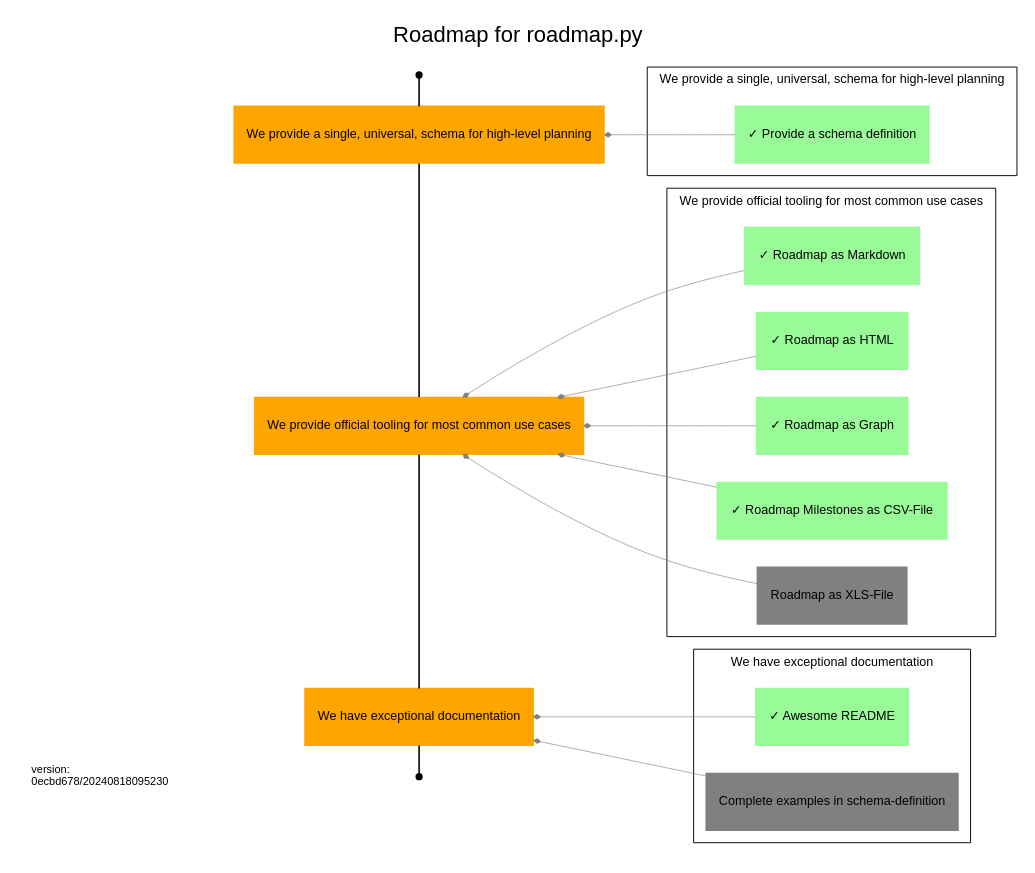
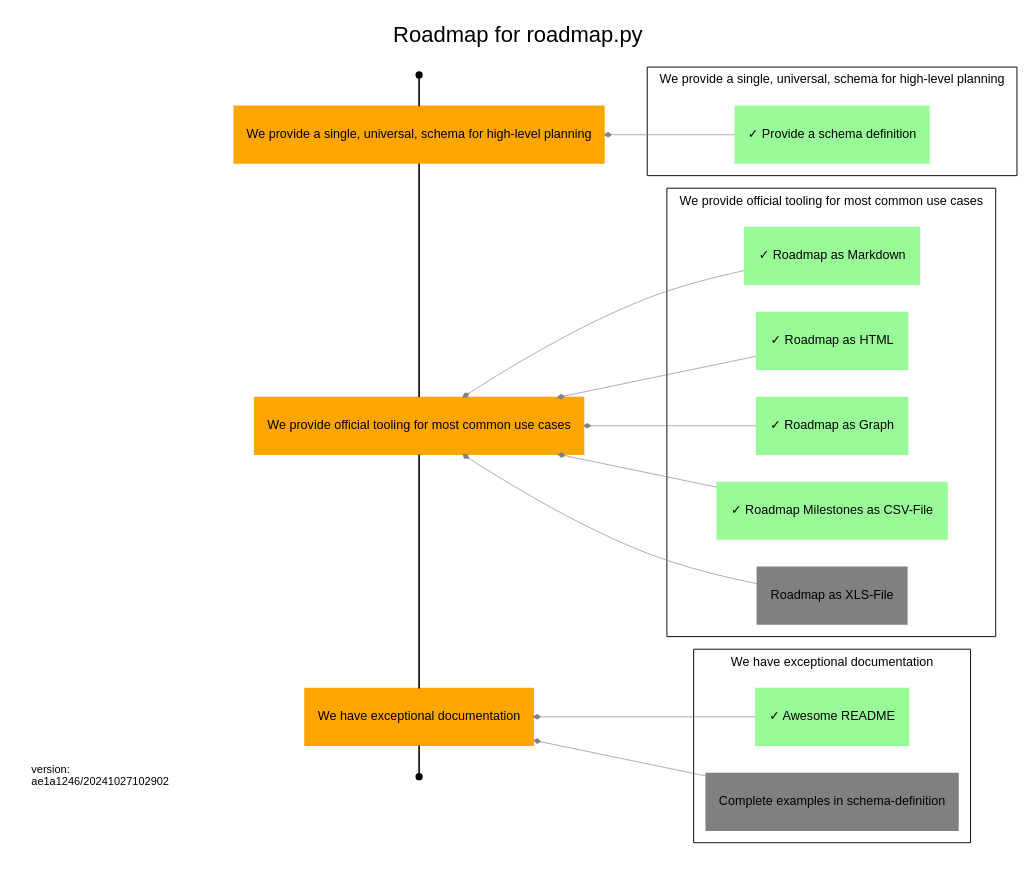
The diagram in roadmap/roadmap.dot (uroflavin/roadmap), drawn with Graphviz before and after one commit. The commit also changed 27 other files, not shown here.

```diff
--- a/roadmap/roadmap.dot
+++ b/roadmap/roadmap.dot
@@ -1,143 +1,143 @@
 digraph Roadmap {
   rankdir=RL;
   label="Roadmap for roadmap.py"
   tooltip="This is the planning roadmap for the [uroflavin/roadmap](https://github.com/uroflavin/roadmap) project. 
 It acts as both the plan for implementing this tool as well as a demonstration of what a roadmap might look like.
 
 One good example is this roadmap itself. 
 What to-do and what is already done to implement roadmap.py can you see in this picture.
 
 ![Roadmap Objectives and Keyresults, rendered from roadmap.yml](roadmap.dot.png)
 
 One of the things you'll immediately notice about this file is that it uses *Markdown* for formatting of text and is designed around a structured YAML schema. 
 The goal is to make this as easy as possible for humans to read and reason about, while also enabling powerful visualizations to be generated based on the content.
 ";
   fontname="Arial";
   labelloc="t";
 
   node[style="filled",shape="rectangle",color="orange",fontname="Arial",fontsize=8];
   edge[weight=1,group="milestones",arrowhead="none"];
 
   {
 	rank=same;
 
 	start[label="Start",shape="point",color="",tooltip="This is the start of your roadmap."];
     end[label="End",shape="point",color="",tooltip="This is the end of your roadmap."];
     
     
     o1 [label="We provide a single, universal, schema for high-level planning",tooltip="The goal of this project is, primarily, to provide a single schema that can be used by different teams to describe the work they are doing and their future intentions. 
 The usefulness and applicability of this schema to real-world problem domains will determine whether anything else we do here is of value.
 "];
         
             "start" -> o1;
         
     o2 [label="We provide official tooling for most common use cases",tooltip="While the goal of having a single unified schema for planning is that it enables the development of tools that automate various aspects of planning, most teams are not going to adopt this if the fundamentals aren't already solved for them. 
 This includes things like being able to visualize your road map in common formats, validating it against the schema etc.
 "];
         
             o1 -> o2;
         
     o3 [label="We have exceptional documentation",tooltip="Adoption of something intended to make planning easier is only going to be successful if it is easy to use, and a critical part of that is great documentation. 
 Our goal is that someone with no familiarity with our tooling can ramp up and have an initial road map ready for use within only a few minutes.
 "];
         
             o2 -> o3;
         
             o3 -> "end" ;
         }
   node[color="grey"];
   edge[weight=5,color="grey",penwidth=0.4,arrowsize=0.4,group="dependencies",arrowhead="diamond"];
 
   
         
         subgraph cluster_o1 {
             label="We provide a single, universal, schema for high-level planning";
             tooltip="The goal of this project is, primarily, to provide a single schema that can be used by different teams to describe the work they are doing and their future intentions. 
 The usefulness and applicability of this schema to real-world problem domains will determine whether anything else we do here is of value.
 ";
             fontsize=8;
             penwidth=0.6;
             
                 
                 
                     
                 o1_r1 [label="✓ Provide a schema definition",tooltip="Develop a schema that fulfills the main requirements of the objective",color="palegreen"];
                 o1_r1 -> o1;
             }
     
         
         subgraph cluster_o2 {
             label="We provide official tooling for most common use cases";
             tooltip="While the goal of having a single unified schema for planning is that it enables the development of tools that automate various aspects of planning, most teams are not going to adopt this if the fundamentals aren't already solved for them. 
 This includes things like being able to visualize your road map in common formats, validating it against the schema etc.
 ";
             fontsize=8;
             penwidth=0.6;
             
                 
                 
                     
                 o2_r1 [label="✓ Roadmap as Markdown",tooltip="We should be able to generate some markdown out of roadmap.yml
 ",color="palegreen"];
                 o2_r1 -> o2;
             
                 
                 
                     
                 o2_r2 [label="✓ Roadmap as HTML",tooltip="We should be able to generate some html out of roadmap.yml
 ",color="palegreen"];
                 o2_r2 -> o2;
             
                 
                 
                     
                 o2_r3 [label="✓ Roadmap as Graph",tooltip="We should be able to generate some dot out of roadmap.yml
 ",color="palegreen"];
                 o2_r3 -> o2;
             
                 
                 
                     
                 o2_r4 [label="✓ Roadmap Milestones as CSV-File",tooltip="Excel is THE projectmanagement tool. 
 To render some progress in your favorite tool ;-) we should be able to generate some csv out of roadmap.yml-milestone and deliverables.
 CSV is limited capable for exporting everything, so this would be a good first step towards Roadmap als XLS-File.
 ",color="palegreen"];
                 o2_r4 -> o2;
             
                 
                 
                     
                 o2_r5 [label="Roadmap as XLS-File",tooltip="We should be able to generate some xls out of roadmap.yml
 ",color="grey"];
                 o2_r5 -> o2;
             }
     
         
         subgraph cluster_o3 {
             label="We have exceptional documentation";
             tooltip="Adoption of something intended to make planning easier is only going to be successful if it is easy to use, and a critical part of that is great documentation. 
 Our goal is that someone with no familiarity with our tooling can ramp up and have an initial road map ready for use within only a few minutes.
 ";
             fontsize=8;
             penwidth=0.6;
             
                 
                 
                     
                 o3_r1 [label="✓ Awesome README",tooltip="We need to complete our README explaining the purpose of this project and giving some basic examples of its use.
 ",color="palegreen"];
                 o3_r1 -> o3;
             
                 
                 
                     
                 o3_r2 [label="Complete examples in schema-definition",tooltip="Complete the examples so that every user of the schema is able to find suitable examples for their specific use cases",color="grey"];
                 o3_r2 -> o3;
             }
     subgraph footer {
                 {
                     rank="sink"; 
-                    footer [fontsize=7 shape="box" color="white" label="version:\l0ecbd678/20240818095230\l"];
+                    footer [fontsize=7 shape="box" color="white" label="version:\lae1a1246/20241027102902\l"];
                 }
             }
 }
```
